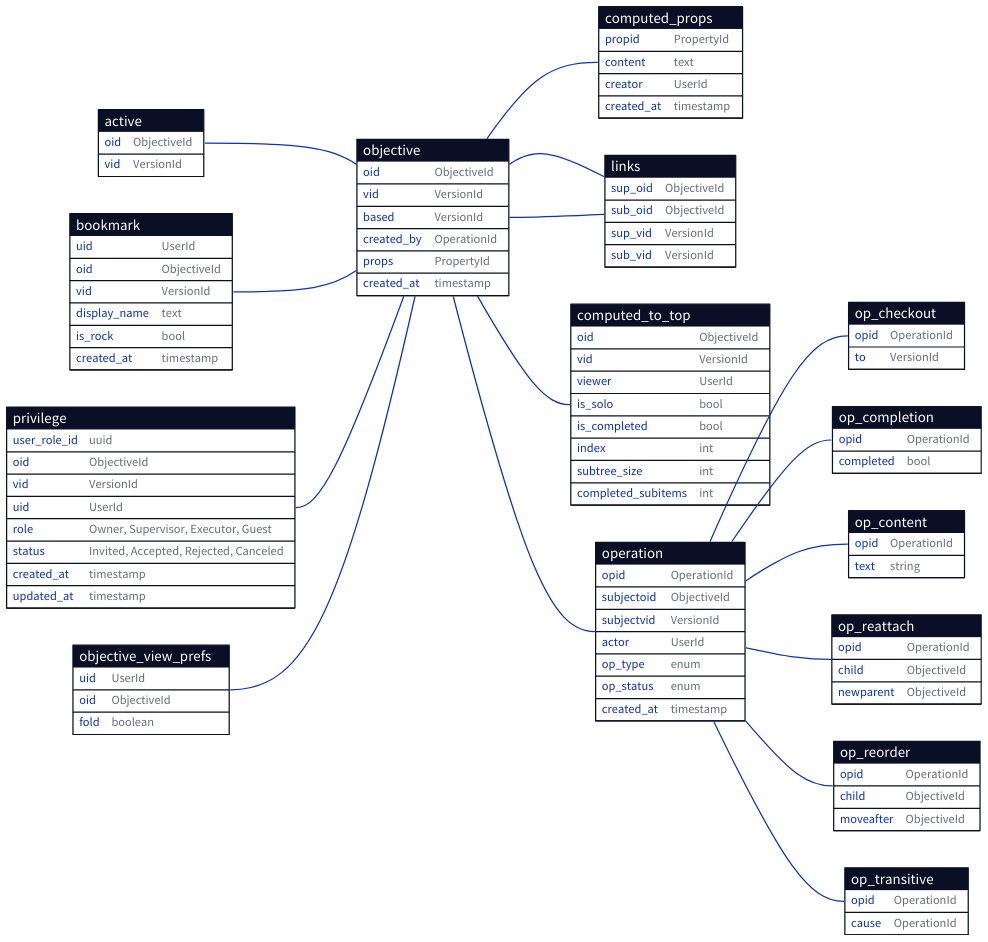
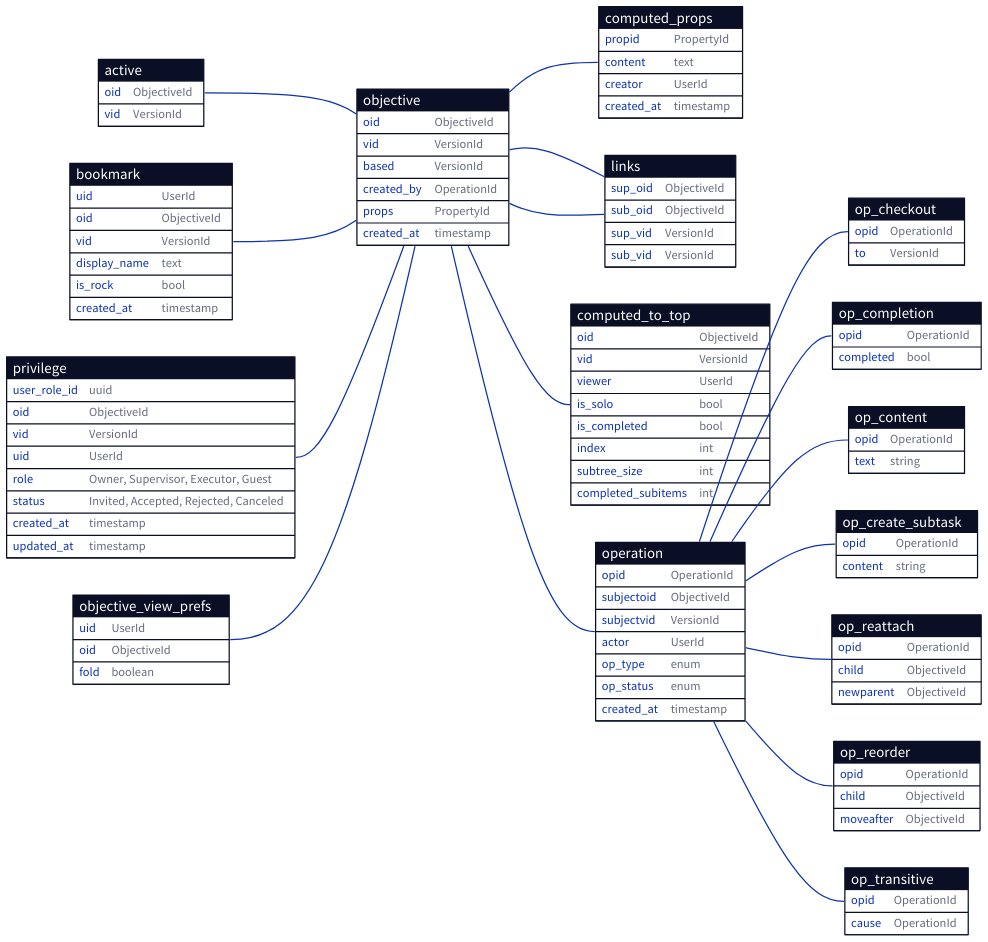
The diagram in docs/database/simplified.d2 (ufukty/logbook), drawn with D2 before and after one commit. The commit also changed 1 other file, not shown here.

Commit message:
docs/database/simplified: defines the object creation operation on the parent to solve multiple tables (`objective`, `operation`) referring to each other's PKs, which leads to ambiguous query ordering on generation

```diff
--- a/docs/database/simplified.d2
+++ b/docs/database/simplified.d2
@@ -1,182 +1,190 @@
 active: {
   shape: sql_table
 
   oid: ObjectiveId
   vid: VersionId
 }
 
 bookmark: {
   shape: sql_table
 
   uid: UserId
   oid: ObjectiveId
   vid: VersionId
   display_name: text
   is_rock: bool # rocks are hidden in the UI
   created_at: timestamp
 }
 
 privilege: {
   shape: sql_table
 
   user_role_id: uuid
   oid: ObjectiveId
   vid: VersionId
   uid: UserId
   role: "Owner, Supervisor, Executor, Guest"
   status: "Invited, Accepted, Rejected, Canceled"
   created_at: timestamp
   updated_at: timestamp
 }
 
 objective: {
   shape: sql_table
 
   oid: ObjectiveId
   vid: VersionId
   based: VersionId
   created_by: OperationId
   props: PropertyId
 
   created_at: timestamp # creation of this version (=row)
 }
 
 objective_view_prefs: {
   shape: sql_table
 
   uid: UserId
   oid: ObjectiveId
   fold: boolean
 }
 
 
 # cached from operations to reduce view build duration
 # separately versioned from the objective to detach it from privilege and collaboration config changes
 computed_props: {
   shape: sql_table
 
   propid: PropertyId
   content: text
   creator: UserId
   created_at: timestamp
 }
 
 links: {
   shape: sql_table
 
   sup_oid: ObjectiveId
   sub_oid: ObjectiveId
   sup_vid: VersionId
   sub_vid: VersionId
 }
 
 computed_to_top: {
   shape: sql_table
 
   oid: ObjectiveId
   vid: VersionId
   viewer: UserId
 
   is_solo: bool
   is_completed: bool
 
   index: int
   subtree_size: int
   completed_subitems: int
 }
 
 operation: {
   shape: sql_table
 
   opid: OperationId
   
   subjectoid: ObjectiveId
   subjectvid: VersionId
   actor: UserId
 
   op_type: enum
   op_status: enum
 
   created_at: timestamp
 }
 
 op_checkout: {
   shape: sql_table
   
   opid: OperationId 
   to: VersionId
 }
 
 op_content: {
   shape: sql_table
   
   opid: OperationId 
   text: string
 }
 
 op_completion: {
   shape: sql_table
 
   opid: OperationId
   completed: bool
 }
 
+op_create_subtask: {
+  shape: sql_table
+
+  opid: OperationId
+  content: string
+}
+
 # reattachment operation gets defined on the old parent of the objective is requested to be moved into next parent's bottom
 op_reattach: {
   shape: sql_table
   
   opid: OperationId 
   child: ObjectiveId # find the vid from only version of child linked to current version of subject
   newparent: ObjectiveId # find the vid of parent from following the ascendants of subject reached from active versions
 }
 
 op_reorder: {
   shape: sql_table
   
   opid: OperationId 
   child: ObjectiveId
   moveafter: ObjectiveId
 }
 
 # every ascendant gets an transitive update operation when an objective gets version changing event from user (either checkout or content/prop modification)
 op_transitive: {
   shape: sql_table
   
   opid: OperationId 
   cause: OperationId
 }
 
 direction: right
 
 active.oid -- objective.oid
 
 # a bookmark points to a root node of a work tree
 bookmark.oid -- objective.oid
 # bookmark.vid -- objective.vid
 
 # Any task with custom privilege hand.can have owner/viewers/executors
 privilege.oid -- objective.oid
 # privilege.vid -- objective.vid
 
 objective_view_prefs.oid -- objective.oid
 
 objective.oid -- links.sup_oid
 # objective.vid -- links.sup_vid
 
 objective.oid -- links.sub_oid
 # objective.vid -- links.sub_vid
 
 objective.oid -- computed_to_top.oid
 # objective.vid -- computed_to_top.vid
 
 operation.opid -- op_checkout.opid
 operation.opid -- op_completion.opid
 operation.opid -- op_content.opid
+operation.opid -- op_create_subtask.opid
 operation.opid -- op_reattach.opid
 operation.opid -- op_reorder.opid
 operation.opid -- op_transitive.opid
 
 objective.created_by -- operation.opid
 
 objective.props -- computed_props.propid
 # objective.vid -- props.vid
```
